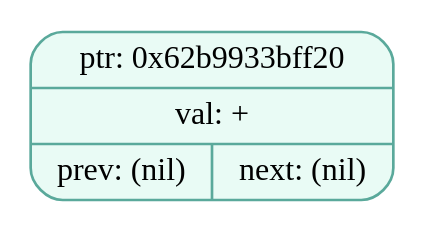
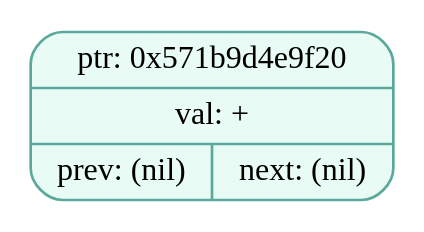
Before and after one commit to EvilTomato9890/Difference: the diagram in dumps/tree_dump_000.dot, drawn with Graphviz. The commit also changed 37 other files, not shown here.

```diff
--- a/dumps/tree_dump_000.dot
+++ b/dumps/tree_dump_000.dot
@@ -1,5 +1,5 @@
 digraph T{
   node [fontname="Fira Mono",shape=record,style="filled,rounded",fontsize=12];
   graph [splines=true, nodesep=0.6, ranksep=0.6];
-  node_0x62b9933bff20[shape=record,label="{ {ptr: 0x62b9933bff20} | {val: +} | { prev: (nil) | next: (nil) } }",color="#5aa99b",fillcolor="#e9fbf5"];
+  node_0x571b9d4e9f20[shape=record,label="{ {ptr: 0x571b9d4e9f20} | {val: +} | { prev: (nil) | next: (nil) } }",color="#5aa99b",fillcolor="#e9fbf5"];
 }
```
